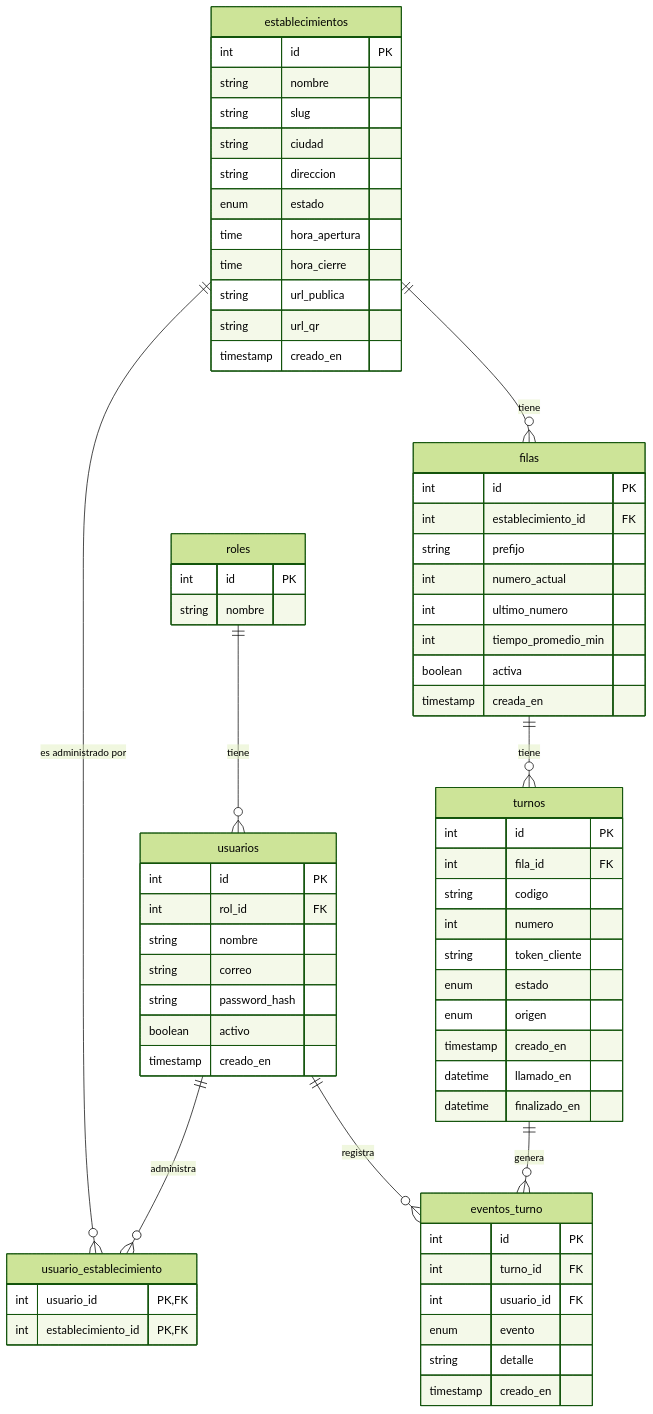
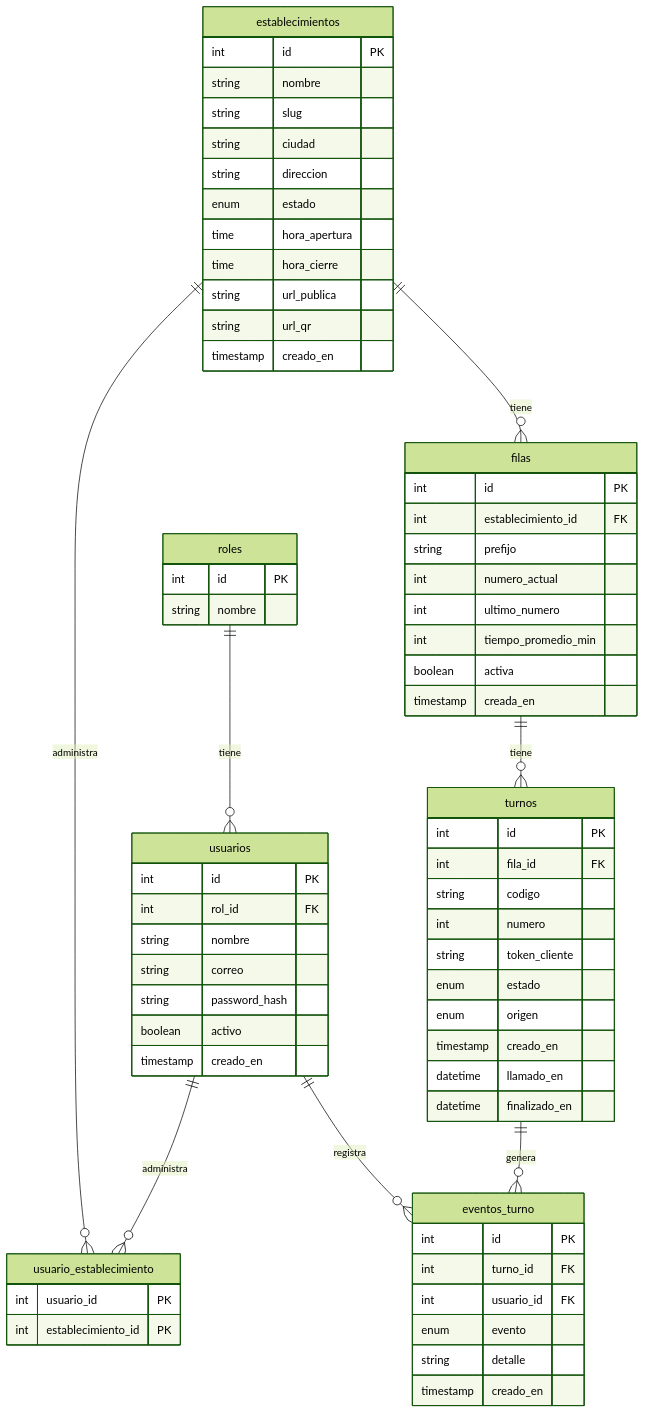
Before and after one commit to Kevin2523/Fila-Zero: the second of 2 diagrams in README.md, drawn with Mermaid (forest theme).

Commit message:
doc: clean up duplicated instructions block in README

````diff
--- a/README.md
+++ b/README.md
@@ -175,77 +175,77 @@
 ```mermaid
 erDiagram
-    roles ||--o{ usuarios : "tiene"
-    usuarios ||--o{ usuario_establecimiento : "administra"
-    establecimientos ||--o{ usuario_establecimiento : "es administrado por"
-    establecimientos ||--o{ filas : "tiene"
-    filas ||--o{ turnos : "tiene"
-    turnos ||--o{ eventos_turno : "genera"
-    usuarios ||--o{ eventos_turno : "registra"
+    roles ||--o{ usuarios : tiene
+    usuarios ||--o{ usuario_establecimiento : administra
+    establecimientos ||--o{ usuario_establecimiento : administra
+    establecimientos ||--o{ filas : tiene
+    filas ||--o{ turnos : tiene
+    turnos ||--o{ eventos_turno : genera
+    usuarios ||--o{ eventos_turno : registra
 
     roles {
         int id PK
         string nombre
     }
 
     usuarios {
         int id PK
         int rol_id FK
         string nombre
         string correo
         string password_hash
         boolean activo
         timestamp creado_en
     }
 
     establecimientos {
         int id PK
         string nombre
         string slug
         string ciudad
         string direccion
         enum estado
         time hora_apertura
         time hora_cierre
         string url_publica
         string url_qr
         timestamp creado_en
     }
 
     usuario_establecimiento {
-        int usuario_id PK,FK
-        int establecimiento_id PK,FK
+        int usuario_id PK
+        int establecimiento_id PK
     }
 
     filas {
         int id PK
         int establecimiento_id FK
         string prefijo
         int numero_actual
         int ultimo_numero
         int tiempo_promedio_min
         boolean activa
         timestamp creada_en
     }
 
     turnos {
         int id PK
         int fila_id FK
         string codigo
         int numero
         string token_cliente
         enum estado
         enum origen
         timestamp creado_en
         datetime llamado_en
         datetime finalizado_en
     }
 
     eventos_turno {
         int id PK
         int turno_id FK
         int usuario_id FK
         enum evento
         string detalle
         timestamp creado_en
     }
 ```
````
